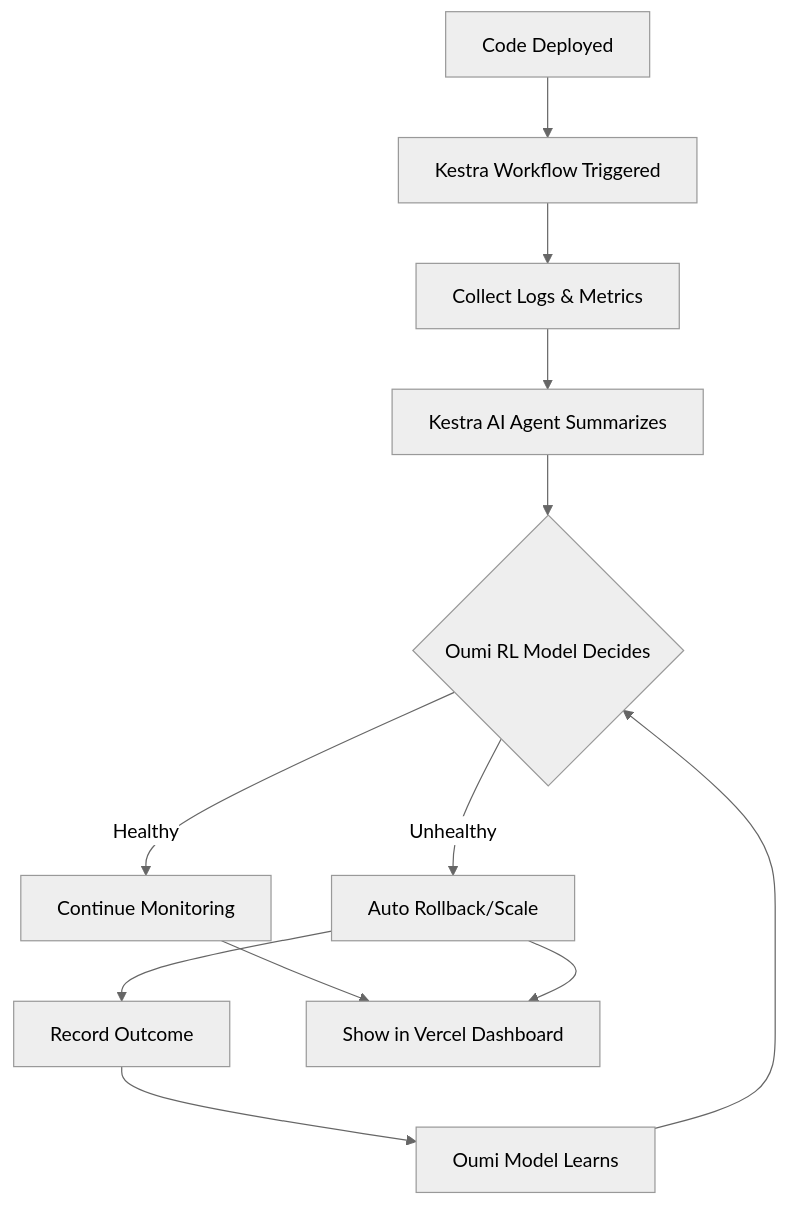
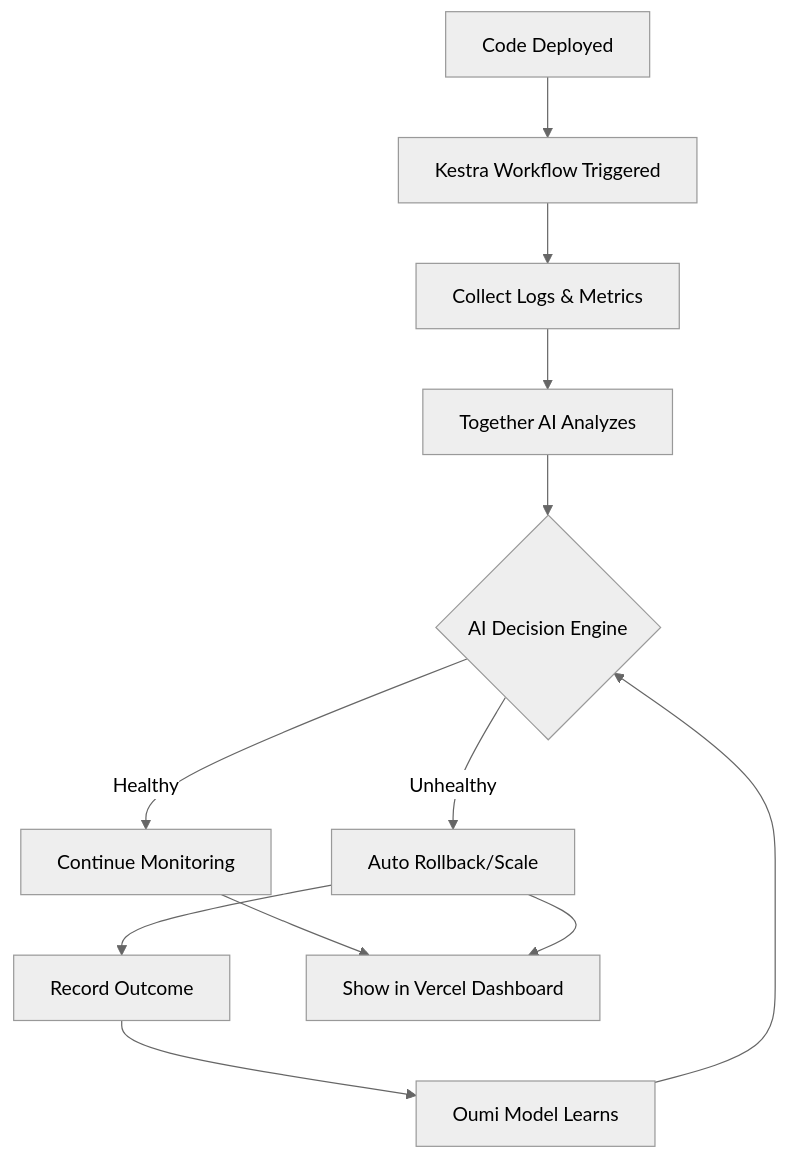
One commit to rishi-jat/ai-devops-commander changed the diagram in README.md. Above: the diagram before and after it, drawn with Mermaid (neutral theme). The commit also changed other lines of this file, not shown here.

````diff
--- a/README.md
+++ b/README.md
@@ -96,14 +98,14 @@
 ```mermaid
 graph TB
     A[Code Deployed] --> B[Kestra Workflow Triggered]
     B --> C[Collect Logs & Metrics]
-    C --> D[Kestra AI Agent Summarizes]
-    D --> E{Oumi RL Model Decides}
+    C --> D[Together AI Analyzes]
+    D --> E{AI Decision Engine}
     E -->|Healthy| F[Continue Monitoring]
     E -->|Unhealthy| G[Auto Rollback/Scale]
     G --> H[Record Outcome]
     H --> I[Oumi Model Learns]
     I --> E
     F --> J[Show in Vercel Dashboard]
     G --> J
 ```
````
